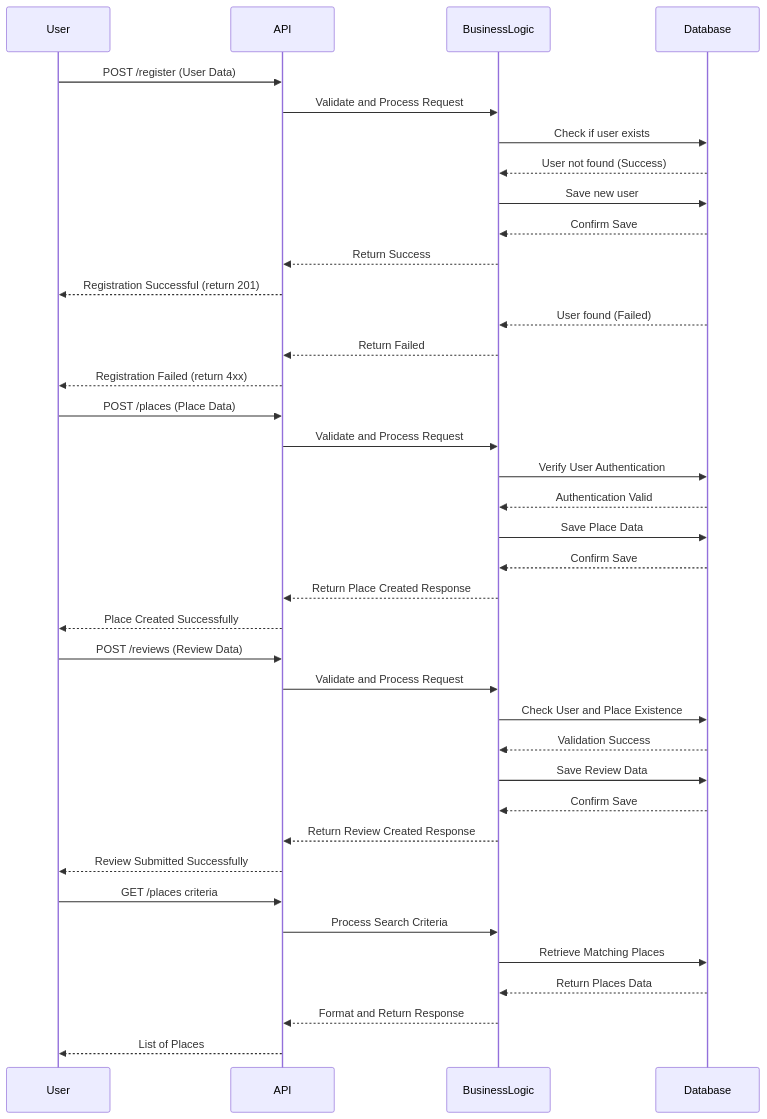
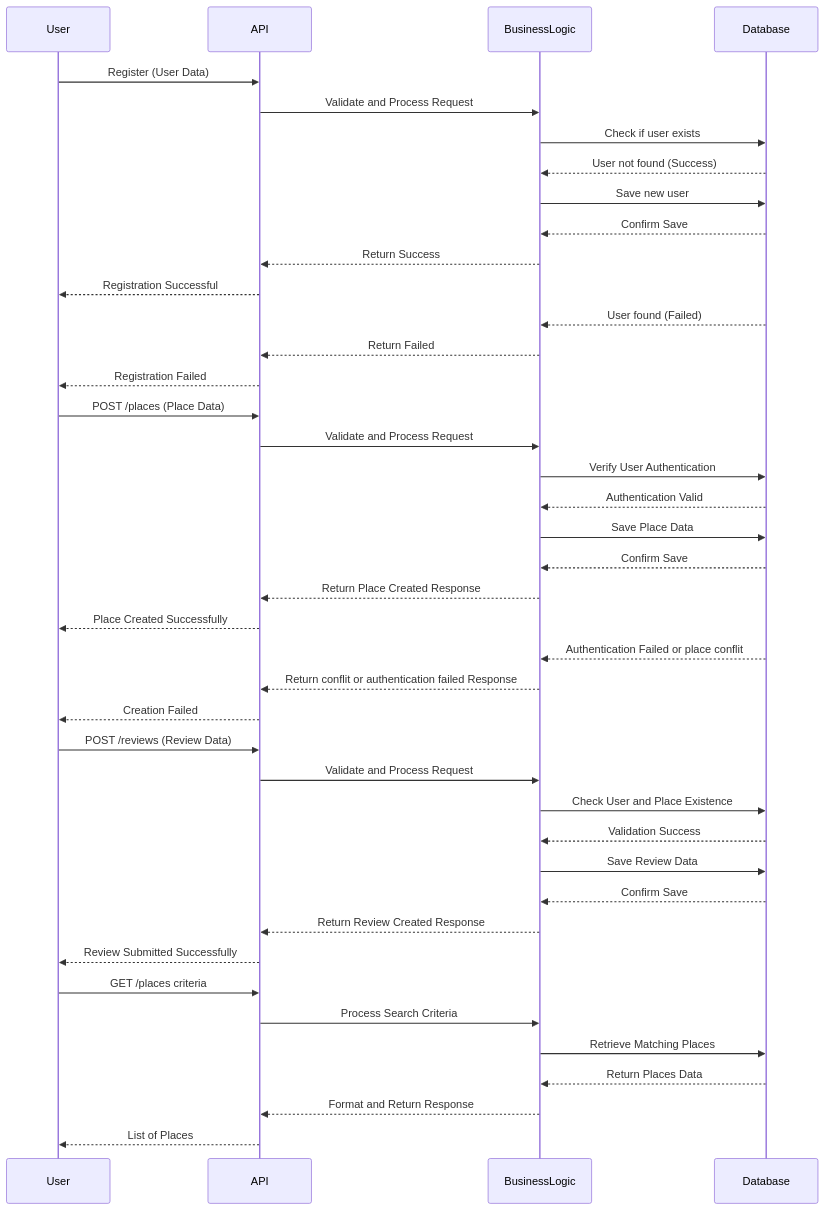
One commit to KillianRipoche/holbertonschool-hbnb changed the diagram in part-1/sequenceDiagram.md. Above: the diagram before and after it, drawn with Mermaid.

Commit message:
Add com line 9, 24, 38 and 50. Add Failed issue for place registration

````diff
--- a/part-1/sequenceDiagram.md
+++ b/part-1/sequenceDiagram.md
@@ -1,44 +1,58 @@
 ```mermaid
 sequenceDiagram
 participant User
 participant API
 participant BusinessLogic
 participant Database
 
-User->>API: POST /register (User Data)
+
+%% User registration :
+
+User->>API: Register (User Data)
 API->>BusinessLogic: Validate and Process Request
 BusinessLogic->>Database: Check if user exists
 Database-->>BusinessLogic: User not found (Success)
 BusinessLogic->>Database: Save new user
 Database-->>BusinessLogic: Confirm Save
 BusinessLogic-->>API: Return Success
-API-->>User: Registration Successful (return 201)
+API-->>User: Registration Successful
 Database-->>BusinessLogic: User found (Failed)
 BusinessLogic-->>API: Return Failed
-API-->>User: Registration Failed (return 4xx)
+API-->>User: Registration Failed
+
+
+%% Place registration :
 
 User->>API: POST /places (Place Data)
 API->>BusinessLogic: Validate and Process Request
 BusinessLogic->>Database: Verify User Authentication
 Database-->>BusinessLogic: Authentication Valid
 BusinessLogic->>Database: Save Place Data
 Database-->>BusinessLogic: Confirm Save
 BusinessLogic-->>API: Return Place Created Response
 API-->>User: Place Created Successfully
+Database-->>BusinessLogic: Authentication Failed or place conflit
+BusinessLogic-->>API: Return conflit or authentication failed Response
+API-->>User: Creation Failed
+
+%% Review submission :
 
 User->>API: POST /reviews (Review Data)
 API->>BusinessLogic: Validate and Process Request
 BusinessLogic->>Database: Check User and Place Existence
 Database-->>BusinessLogic: Validation Success
 BusinessLogic->>Database: Save Review Data
 Database-->>BusinessLogic: Confirm Save
 BusinessLogic-->>API: Return Review Created Response
 API-->>User: Review Submitted Successfully
 
+
+%% Fetching list of place :
+
 User->>API: GET /places criteria
 API->>BusinessLogic: Process Search Criteria
 BusinessLogic->>Database: Retrieve Matching Places
 Database-->>BusinessLogic: Return Places Data
 BusinessLogic-->>API: Format and Return Response
 API-->>User: List of Places
 ```
````
